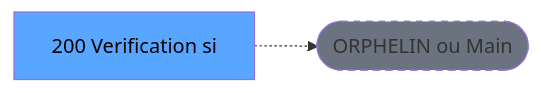
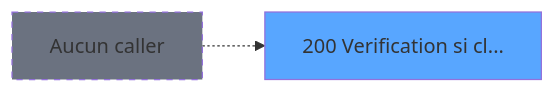
One commit to thonyAGP/magic-migration changed the second of 3 diagrams in .openspec/specs/ADH-IDE-200.md. Above: the diagram before and after it, drawn with Mermaid. The commit also changed other lines of this file and 493 other files, not shown here.

````diff
--- a/.openspec/specs/ADH-IDE-200.md
+++ b/.openspec/specs/ADH-IDE-200.md
@@ -121,8 +149,8 @@
 ```mermaid
 graph LR
-    T[200 Verification si]
-    ORPHAN([ORPHELIN ou Main])
-    T -.-> ORPHAN
-    style T fill:#58a6ff,color:#000
-    style ORPHAN fill:#6b7280,stroke-dasharray: 5 5
+    T200[200 Verification si cl...]
+    style T200 fill:#58a6ff
+    NONE[Aucun caller]
+    NONE -.-> T200
+    style NONE fill:#6b7280,stroke-dasharray: 5 5
 ```
````
